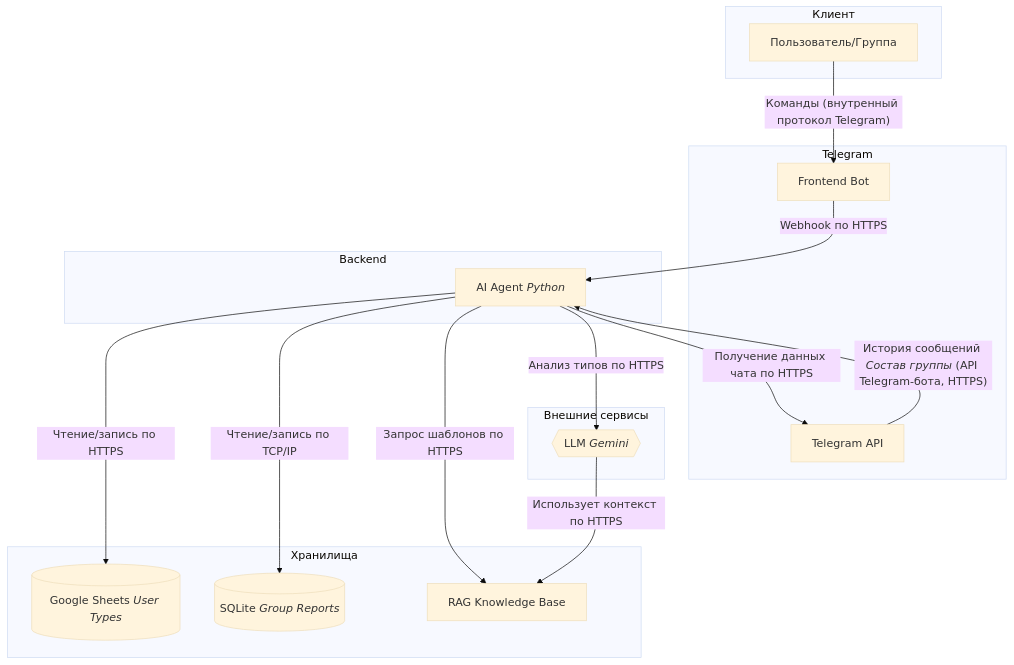
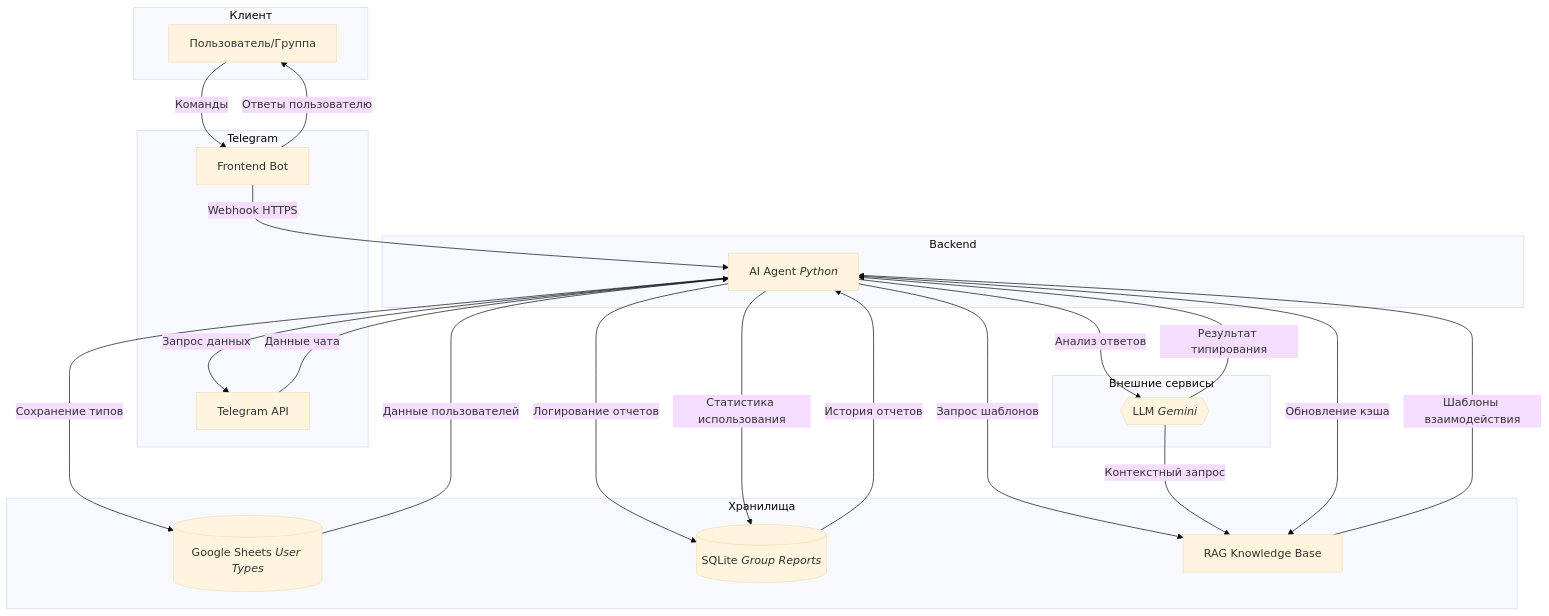
Before and after one commit to toxicneka/catlover: the diagram in README.md, drawn with Mermaid (base theme).

````diff
--- a/README.md
+++ b/README.md
@@ -1,35 +1,47 @@
 ```mermaid
 graph TD
     subgraph "Клиент"
         A[Пользователь/Группа]
     end
 
     subgraph "Telegram"
         B[Frontend Bot]
         I[Telegram API]
     end
 
     subgraph "Backend"
         D[AI Agent <i>Python</i>]
     end
 
     subgraph "Хранилища"
         E[(Google Sheets <i>User Types</i>)]
         F[(SQLite <i>Group Reports</i>)]
         J[RAG Knowledge Base]
     end
 
     subgraph "Внешние сервисы"
         G{{LLM <i>Gemini</i>}}
     end
 
-    A -- Команды (внутренный протокол Telegram) --> B
-    B -- Webhook по HTTPS --> D
-    D -- Чтение/запись по HTTPS --> E
-    D -- Чтение/запись по TCP/IP --> F
-    D -- Запрос шаблонов по HTTPS --> J
-    D -- Анализ типов по HTTPS --> G
-    D -- Получение данных чата по HTTPS --> I
-    G -- Использует контекст по HTTPS --> J
-    I -- История сообщений <i>Состав группы</i> (API Telegram-бота, HTTPS) --> D
+    %% Прямые связи
+    A -- Команды --> B
+    B -- Webhook HTTPS --> D
+    D -- Запрос данных --> I
+    D -- Запрос шаблонов --> J
+    D -- Анализ ответов --> G
+    D -- Сохранение типов --> E
+    D -- Логирование отчетов --> F
+    G -- Контекстный запрос --> J
+    
+    %% Обратные связи (ответы)
+    B -- Ответы пользователю --> A
+    I -- Данные чата --> D
+    J -- Шаблоны взаимодействия --> D
+    G -- Результат типирования --> D
+    E -- Данные пользователей --> D
+    F -- История отчетов --> D
+    
+    %% Дополнительные связи
+    D -- Обновление кэша --> J
+    D -- Статистика использования --> F
 ```
````
